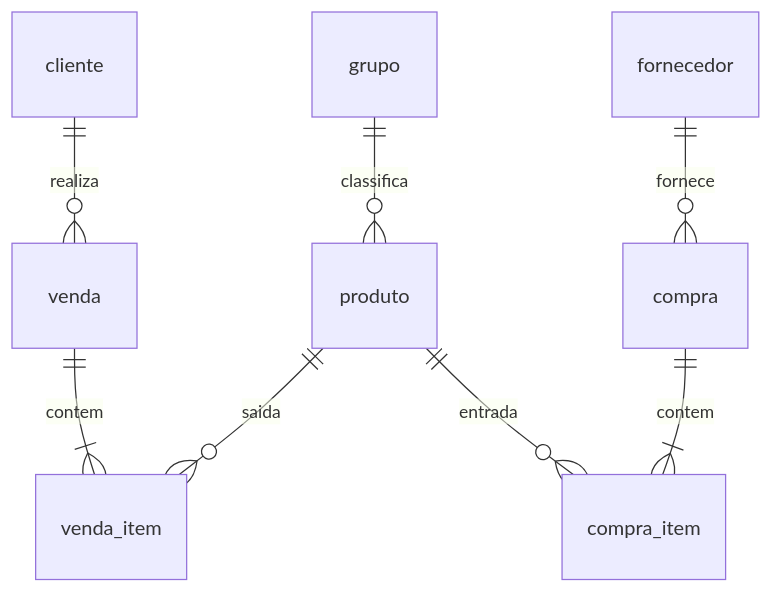
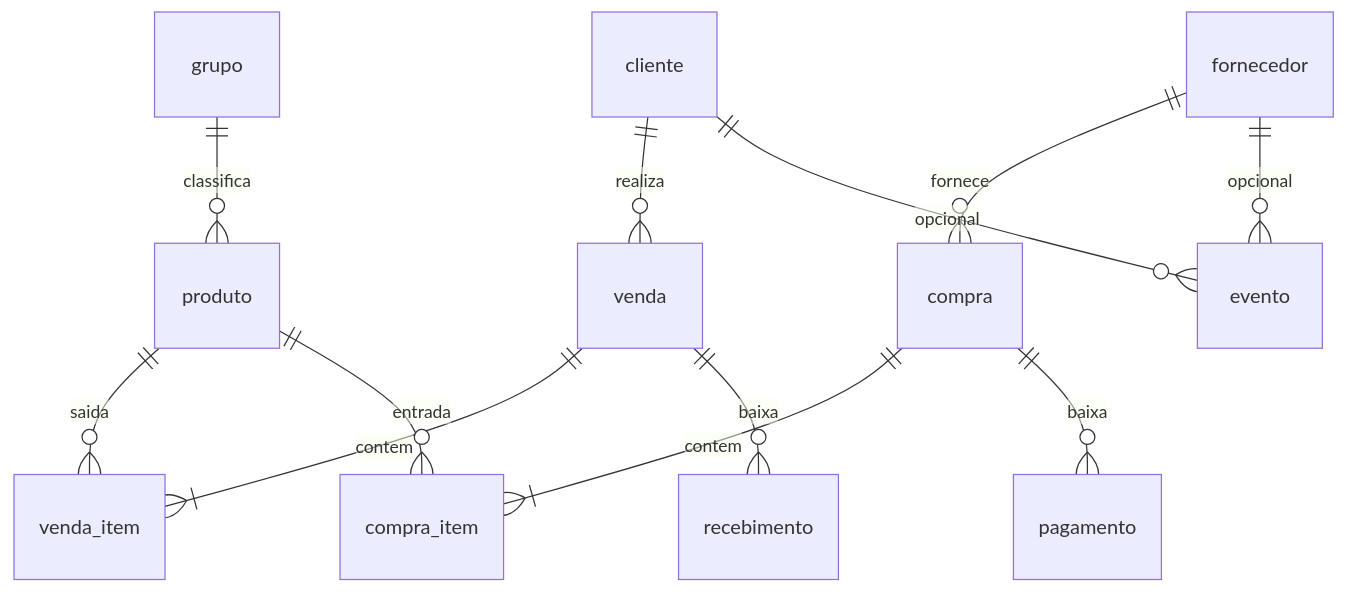
The diagram in docs/database/README.md (LucasDuarteAugusto/App-Banavita), drawn with Mermaid before and after one commit. The commit also changed other lines of this file and 104 other files, not shown here.

````diff
--- a/docs/database/README.md
+++ b/docs/database/README.md
@@ -18,10 +19,14 @@
 ```mermaid
 erDiagram
     grupo ||--o{ produto : classifica
     cliente ||--o{ venda : realiza
     fornecedor ||--o{ compra : fornece
     venda ||--|{ venda_item : contem
     compra ||--|{ compra_item : contem
+    venda ||--o{ recebimento : baixa
+    compra ||--o{ pagamento : baixa
+    cliente ||--o{ evento : opcional
+    fornecedor ||--o{ evento : opcional
     produto ||--o{ venda_item : saida
     produto ||--o{ compra_item : entrada
 ```
````
